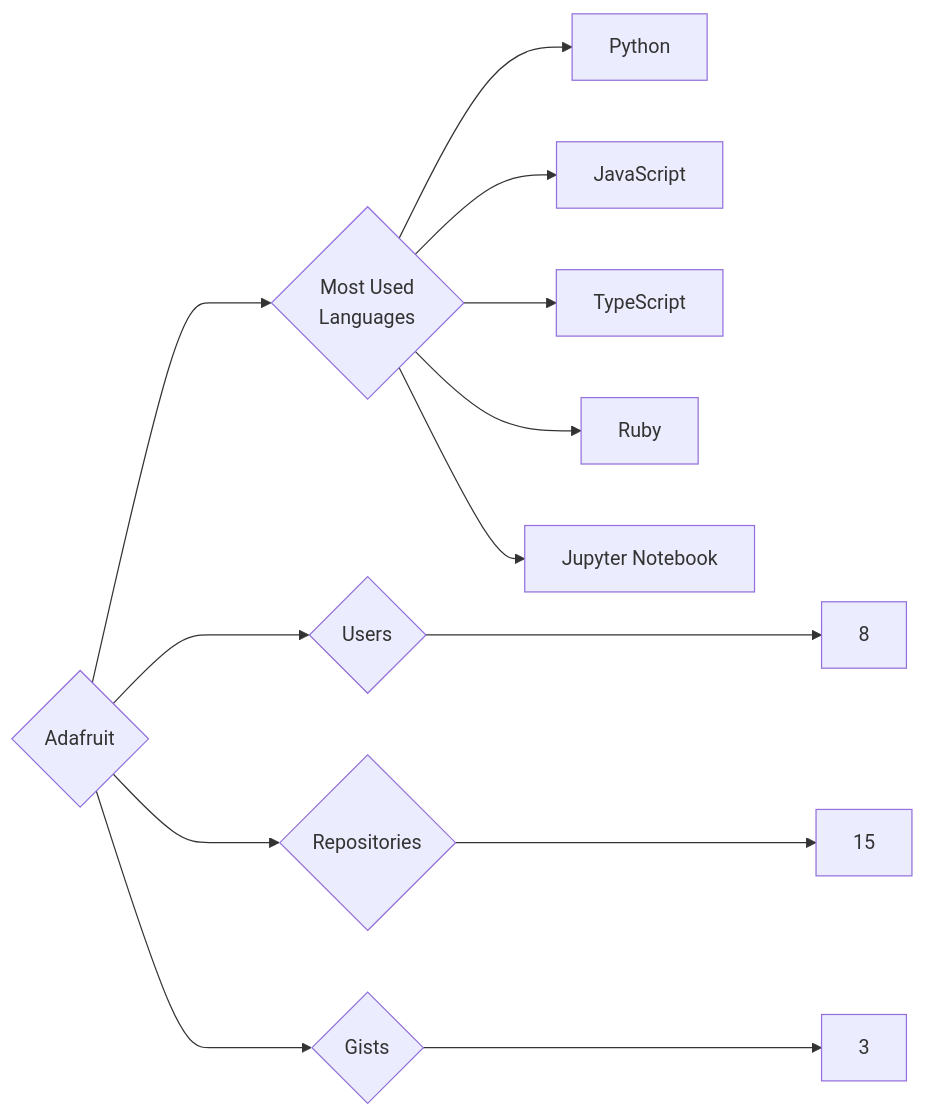
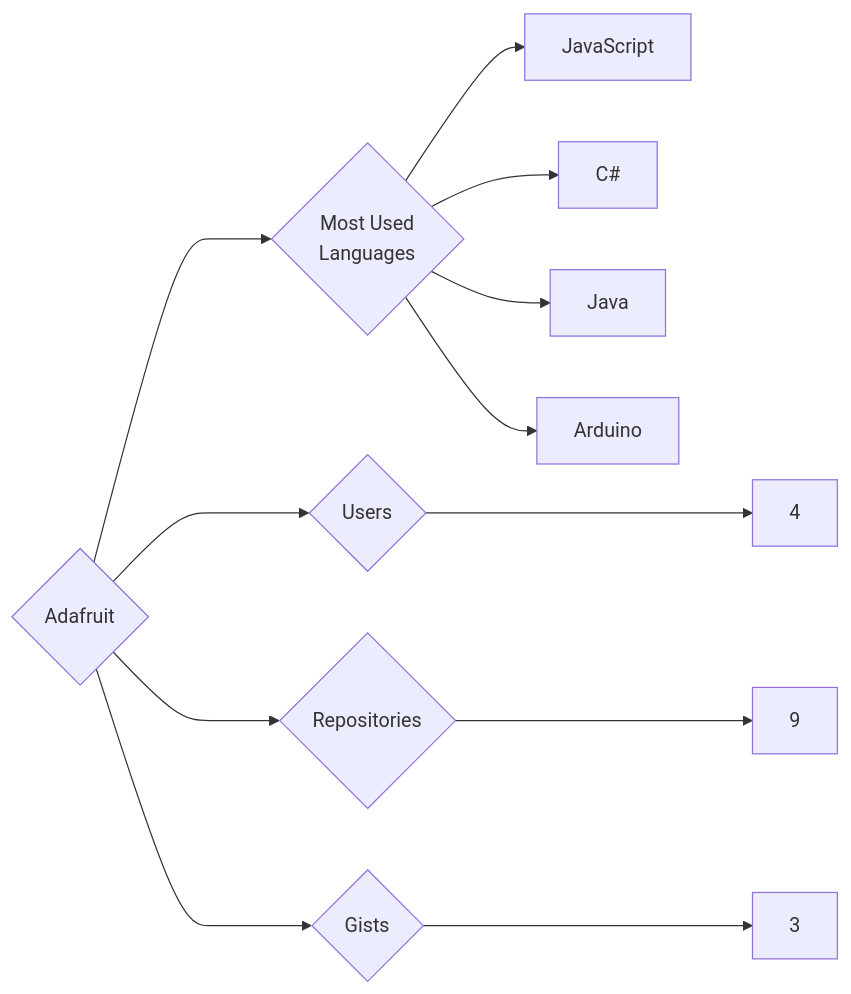
One commit to trickest/insiders changed the diagram in targets/Adafruit/README.md. Above: the diagram before and after it, drawn with Mermaid. The commit also changed 997 other files, not shown here.

````diff
--- a/targets/Adafruit/README.md
+++ b/targets/Adafruit/README.md
@@ -3,13 +3,12 @@
 ```mermaid
 graph LR
 COMPANY_NAME{Adafruit}
-COMPANY_NAME ---> U{Users} ---> UN[8]
-COMPANY_NAME ---> R{Repositories} ---> RN[15]
+COMPANY_NAME ---> U{Users} ---> UN[4]
+COMPANY_NAME ---> R{Repositories} ---> RN[9]
 COMPANY_NAME ---> G{Gists} ---> GN[3]
 COMPANY_NAME ---> ML{Most Used<br>Languages}
-ML --> Python[Python]
 ML --> JavaScript[JavaScript]
-ML --> TypeScript[TypeScript]
-ML --> Ruby[Ruby]
-ML --> Jupyter_Notebook[Jupyter Notebook]
+ML --> C#[C#]
+ML --> Java[Java]
+ML --> Arduino[Arduino]
 ```
````
